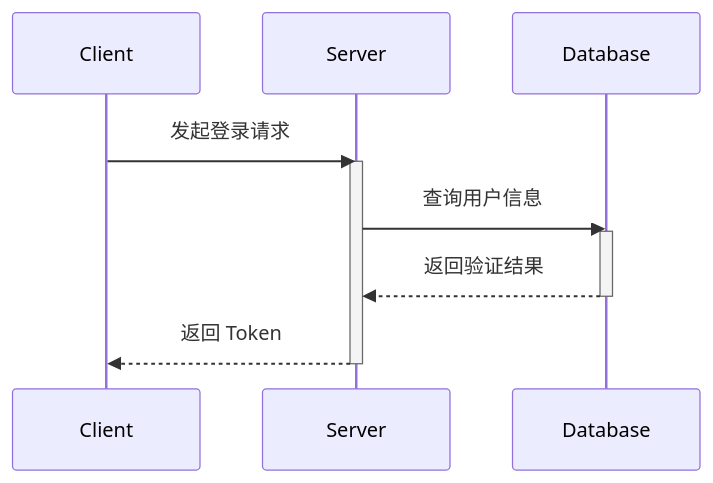
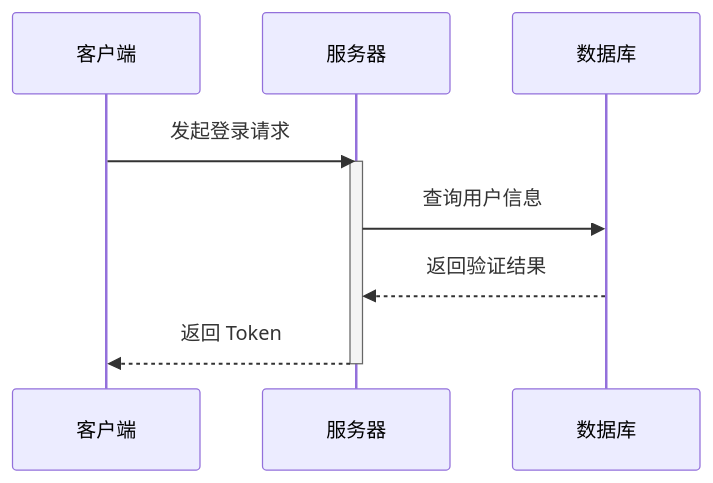
Before and after one commit to SSJ-ZYJ/Neoverse-Doc: the second of 3 diagrams in content/docs/zh/contributing/syntax-example.md, drawn with Mermaid. The commit also changed other lines of this file and 9 other files, not shown here.

````diff
--- a/content/docs/zh/contributing/syntax-example.md
+++ b/content/docs/zh/contributing/syntax-example.md
@@ -316,15 +337,13 @@
 ```mermaid
 sequenceDiagram
-    participant 客户端 as Client
-    participant 服务器 as Server
-    participant 数据库 as Database
+    participant Client as 客户端
+    participant Server as 服务器
+    participant Database as 数据库
 
-    客户端->>服务器: 发起登录请求
-    activate 服务器
-    服务器->>数据库: 查询用户信息
-    activate 数据库
-    数据库-->>服务器: 返回验证结果
-    deactivate 数据库
-    服务器-->>客户端: 返回 Token
-    deactivate 服务器
+    Client->>Server: 发起登录请求
+    activate Server
+    Server->>Database: 查询用户信息
+    Database-->>Server: 返回验证结果
+    Server-->>Client: 返回 Token
+    deactivate Server
 ```
````
